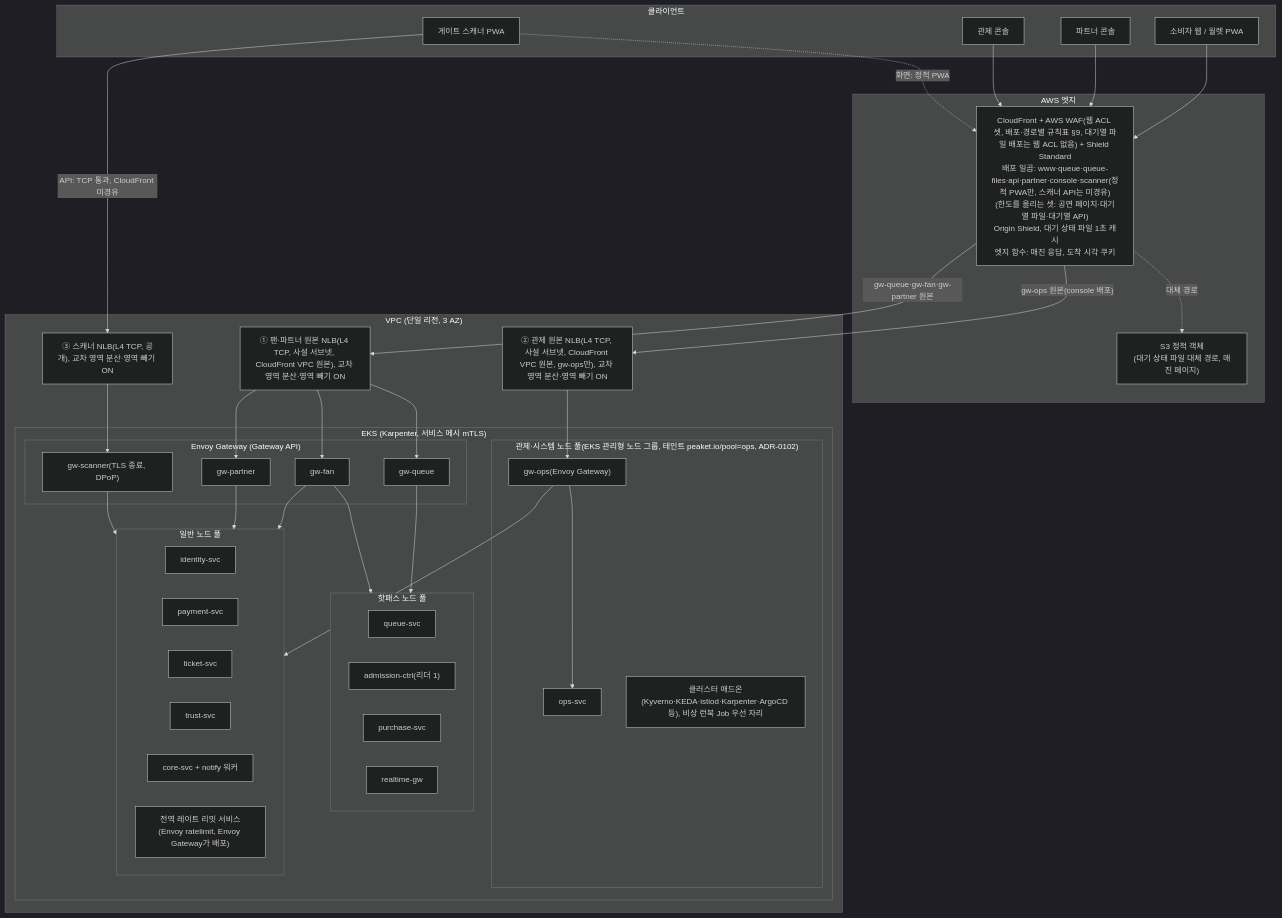
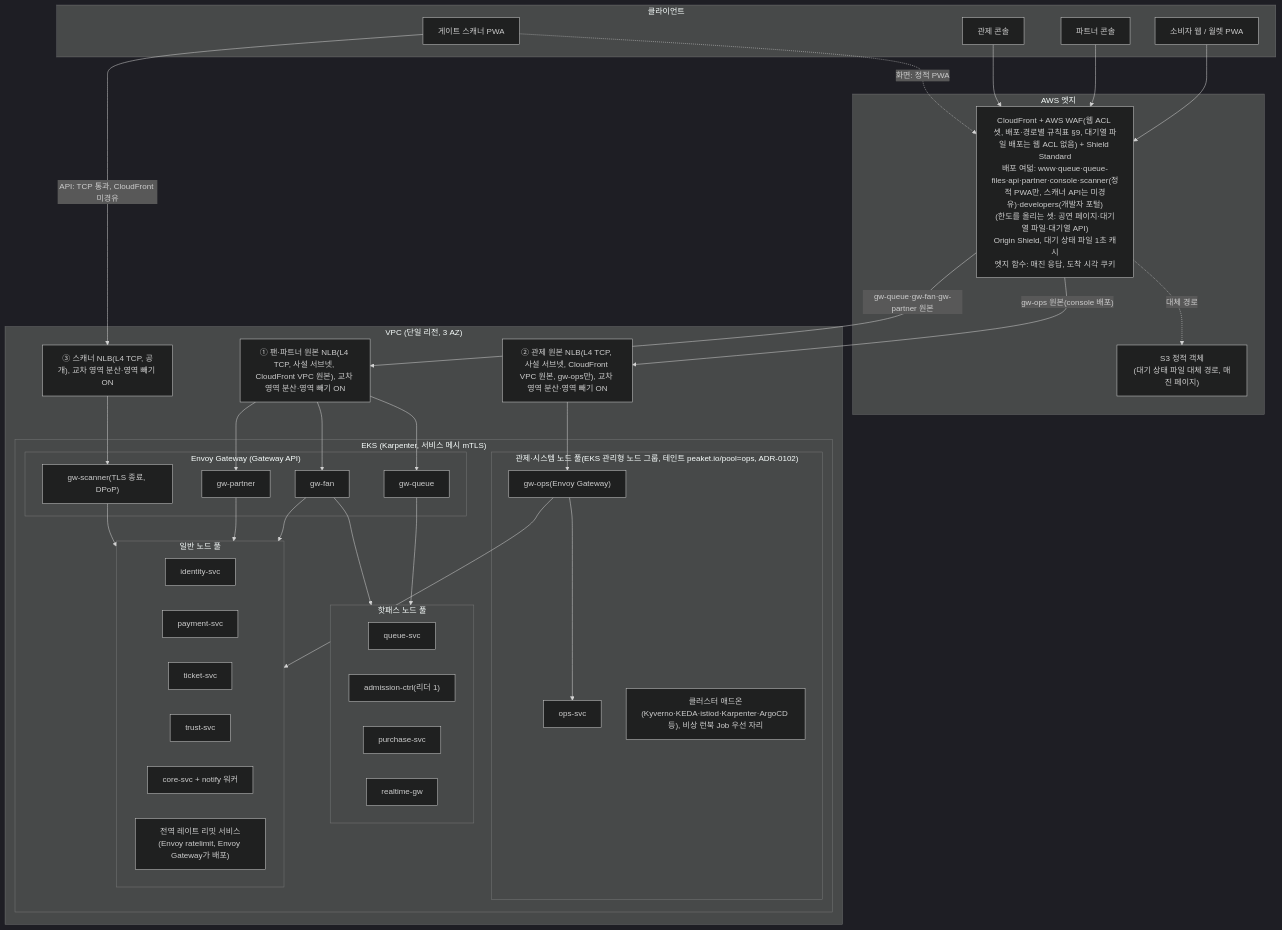
Before and after one commit to peaket/peaket: the first of 6 diagrams in docs/infra.md, drawn with Mermaid (dark theme). The commit also changed other lines of this file and 664 other files, not shown here.

````diff
--- a/docs/infra.md
+++ b/docs/infra.md
@@ -19,60 +19,60 @@
 ```mermaid
 flowchart TB
     subgraph Client["클라이언트"]
         FAN["소비자 웹 / 월렛 PWA"]
         PARTNER["파트너 콘솔"]
         OPS["관제 콘솔"]
         SCAN["게이트 스캐너 PWA"]
     end
     subgraph Edge["AWS 엣지"]
-        CF["CloudFront + AWS WAF(웹 ACL 셋, 배포·경로별 규칙표 §9, 대기열 파일 배포는 웹 ACL 없음) + Shield Standard\n배포 일곱: www·queue·queue-files·api·partner·console·scanner(정적 PWA만, 스캐너 API는 미경유)\n(한도를 올리는 셋: 공연 페이지·대기열 파일·대기열 API)\nOrigin Shield, 대기 상태 파일 1초 캐시\n엣지 함수: 매진 응답, 도착 시각 쿠키"]
+        CF["CloudFront + AWS WAF(웹 ACL 셋, 배포·경로별 규칙표 §9, 대기열 파일 배포는 웹 ACL 없음) + Shield Standard\n배포 여덟: www·queue·queue-files·api·partner·console·scanner(정적 PWA만, 스캐너 API는 미경유)·developers(개발자 포털)\n(한도를 올리는 셋: 공연 페이지·대기열 파일·대기열 API)\nOrigin Shield, 대기 상태 파일 1초 캐시\n엣지 함수: 매진 응답, 도착 시각 쿠키"]
         S3STATIC["S3 정적 객체\n(대기 상태 파일 대체 경로, 매진 페이지)"]
     end
     subgraph VPC["VPC (단일 리전, 3 AZ)"]
         NLB["① 팬·파트너 원본 NLB(L4 TCP, 사설 서브넷, CloudFront VPC 원본), 교차 영역 분산·영역 빼기 ON"]
         NLBO["② 관제 원본 NLB(L4 TCP, 사설 서브넷, CloudFront VPC 원본, gw-ops만), 교차 영역 분산·영역 빼기 ON"]
         NLBS["③ 스캐너 NLB(L4 TCP, 공개), 교차 영역 분산·영역 빼기 ON"]
         subgraph EKS["EKS (Karpenter, 서비스 메시 mTLS)"]
             subgraph GW["Envoy Gateway (Gateway API)"]
                 GQ["gw-queue"]
                 GF["gw-fan"]
                 GP["gw-partner"]
                 GS["gw-scanner(TLS 종료, DPoP)"]
             end
             subgraph OPSPOOL["관제·시스템 노드 풀(EKS 관리형 노드 그룹, 테인트 peaket.io/pool=ops, ADR-0102)"]
                 GO["gw-ops(Envoy Gateway)"]
                 OPSS["ops-svc"]
                 ADDON["클러스터 애드온(Kyverno·KEDA·istiod·Karpenter·ArgoCD 등), 비상 런북 Job 우선 자리"]
             end
             subgraph HOT["핫패스 노드 풀"]
                 QS["queue-svc"]
                 AC["admission-ctrl(리더 1)"]
                 PS["purchase-svc"]
                 RG["realtime-gw"]
             end
             subgraph GEN["일반 노드 풀"]
                 ID["identity-svc"]
                 PAY["payment-svc"]
                 TK["ticket-svc"]
                 TR["trust-svc"]
                 CORE["core-svc + notify 워커"]
                 RLS["전역 레이트 리밋 서비스(Envoy ratelimit, Envoy Gateway가 배포)"]
             end
         end
     end
     FAN & PARTNER & OPS --> CF
     CF -->|"gw-queue·gw-fan·gw-partner 원본"| NLB
     CF -->|"gw-ops 원본(console 배포)"| NLBO
     SCAN -->|"API: TCP 통과, CloudFront 미경유"| NLBS
     SCAN -.->|"화면: 정적 PWA"| CF
     CF -.대체 경로.-> S3STATIC
     NLB --> GQ & GF & GP
     NLBO --> GO
     NLBS --> GS
     GQ --> HOT
     GF --> HOT & GEN
     GP --> GEN
     GO --> OPSS
     GO --> GEN
     GS --> GEN
 ```
````
